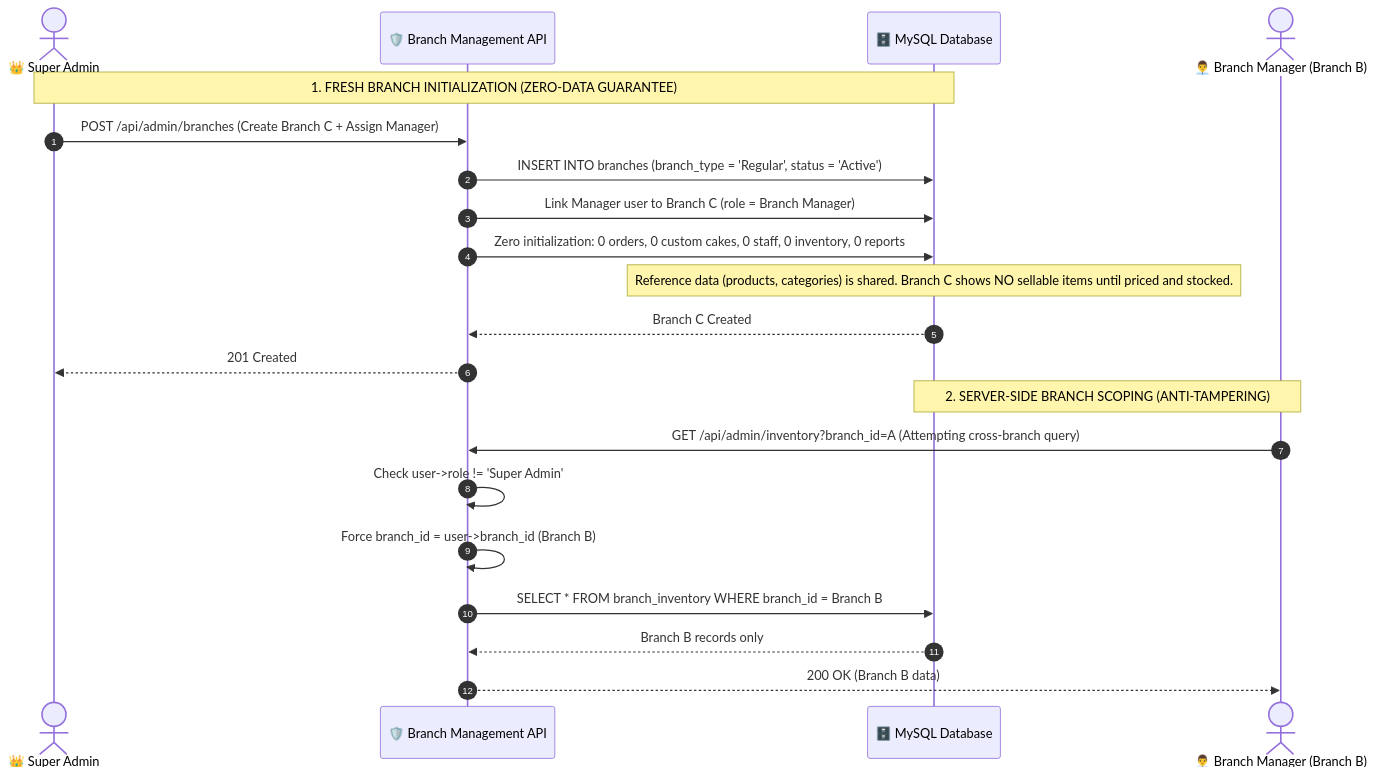
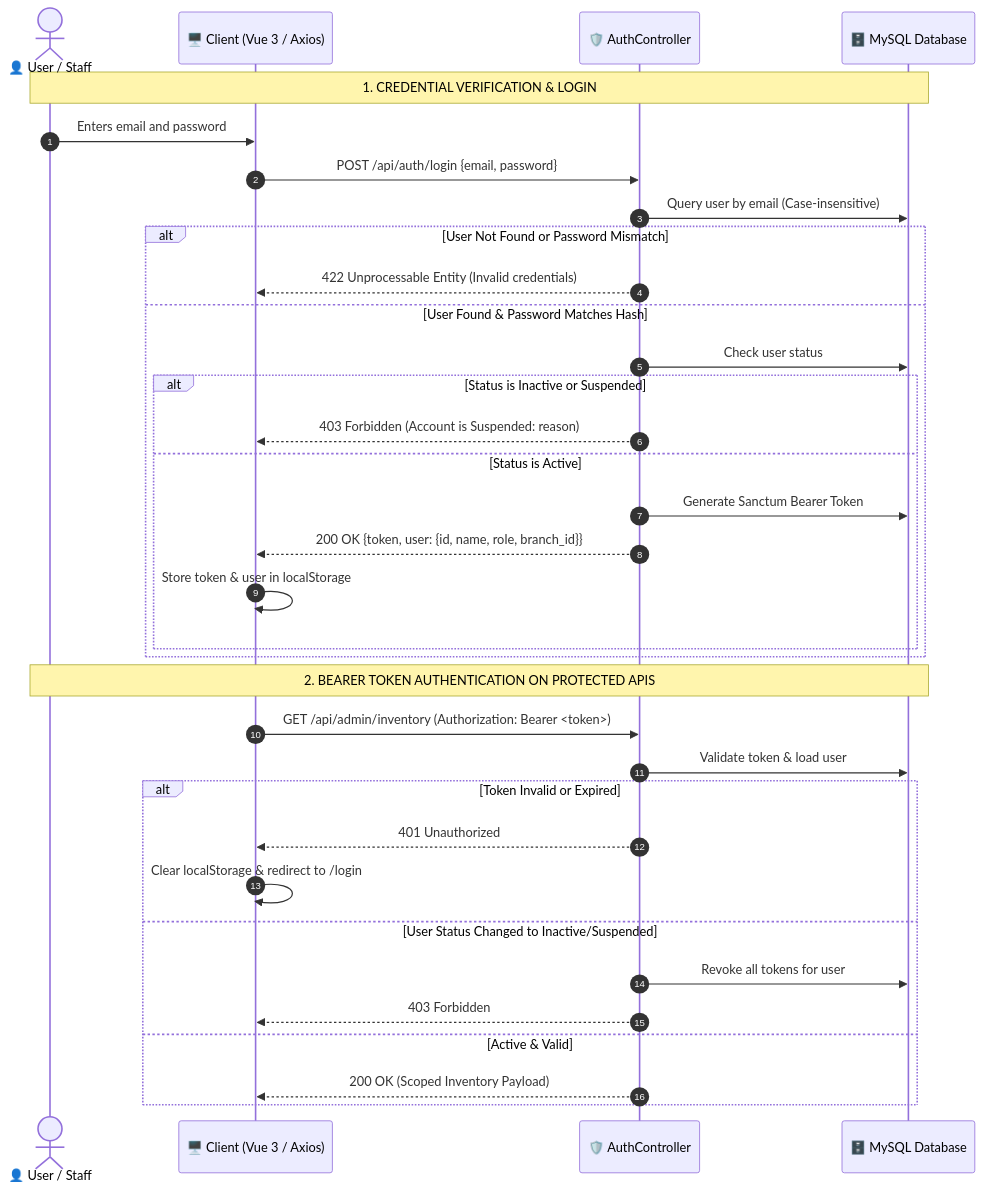
Before and after one commit to niga-star/Kenean-Cake-and-bread-: the fifth of 10 diagrams in SYSTEM_DOCUMENTATION.md, drawn with Mermaid. The commit also changed other lines of this file and 15 other files, not shown here.

````diff
--- a/SYSTEM_DOCUMENTATION.md
+++ b/SYSTEM_DOCUMENTATION.md
@@ -137,25 +307,38 @@
 ```mermaid
 sequenceDiagram
     autonumber
-    actor SuperAdmin as 👑 Super Admin
-    participant API as 🛡️ Branch Management API
+    actor User as 👤 User / Staff
+    participant Client as 🖥️ Client (Vue 3 / Axios)
+    participant AuthAPI as 🛡️ AuthController
     participant DB as 🗄️ MySQL Database
-    actor Manager as 👨‍💼 Branch Manager (Branch B)
 
-    Note over SuperAdmin,DB: 1. FRESH BRANCH INITIALIZATION (ZERO-DATA GUARANTEE)
-    SuperAdmin->>API: POST /api/admin/branches (Create Branch C + Assign Manager)
-    API->>DB: INSERT INTO branches (branch_type = 'Regular', status = 'Active')
-    API->>DB: Link Manager user to Branch C (role = Branch Manager)
-    API->>DB: Zero initialization: 0 orders, 0 custom cakes, 0 staff, 0 inventory, 0 reports
-    Note over DB: Reference data (products, categories) is shared. Branch C shows NO sellable items until priced and stocked.
-    DB-->>API: Branch C Created
-    API-->>SuperAdmin: 201 Created
+    Note over User,DB: 1. CREDENTIAL VERIFICATION & LOGIN
+    User->>Client: Enters email and password
+    Client->>AuthAPI: POST /api/auth/login {email, password}
+    AuthAPI->>DB: Query user by email (Case-insensitive)
+    alt User Not Found or Password Mismatch
+        AuthAPI-->>Client: 422 Unprocessable Entity (Invalid credentials)
+    else User Found & Password Matches Hash
+        AuthAPI->>DB: Check user status
+        alt Status is Inactive or Suspended
+            AuthAPI-->>Client: 403 Forbidden (Account is Suspended: reason)
+        else Status is Active
+            AuthAPI->>DB: Generate Sanctum Bearer Token
+            AuthAPI-->>Client: 200 OK {token, user: {id, name, role, branch_id}}
+            Client->>Client: Store token & user in localStorage
+        end
+    end
 
-    Note over Manager,DB: 2. SERVER-SIDE BRANCH SCOPING (ANTI-TAMPERING)
-    Manager->>API: GET /api/admin/inventory?branch_id=A (Attempting cross-branch query)
-    API->>API: Check user->role != 'Super Admin'
-    API->>API: Force branch_id = user->branch_id (Branch B)
-    API->>DB: SELECT * FROM branch_inventory WHERE branch_id = Branch B
-    DB-->>API: Branch B records only
-    API-->>Manager: 200 OK (Branch B data)
+    Note over User,DB: 2. BEARER TOKEN AUTHENTICATION ON PROTECTED APIS
+    Client->>AuthAPI: GET /api/admin/inventory (Authorization: Bearer <token>)
+    AuthAPI->>DB: Validate token & load user
+    alt Token Invalid or Expired
+        AuthAPI-->>Client: 401 Unauthorized
+        Client->>Client: Clear localStorage & redirect to /login
+    else User Status Changed to Inactive/Suspended
+        AuthAPI->>DB: Revoke all tokens for user
+        AuthAPI-->>Client: 403 Forbidden
+    else Active & Valid
+        AuthAPI-->>Client: 200 OK (Scoped Inventory Payload)
+    end
 ```
````
